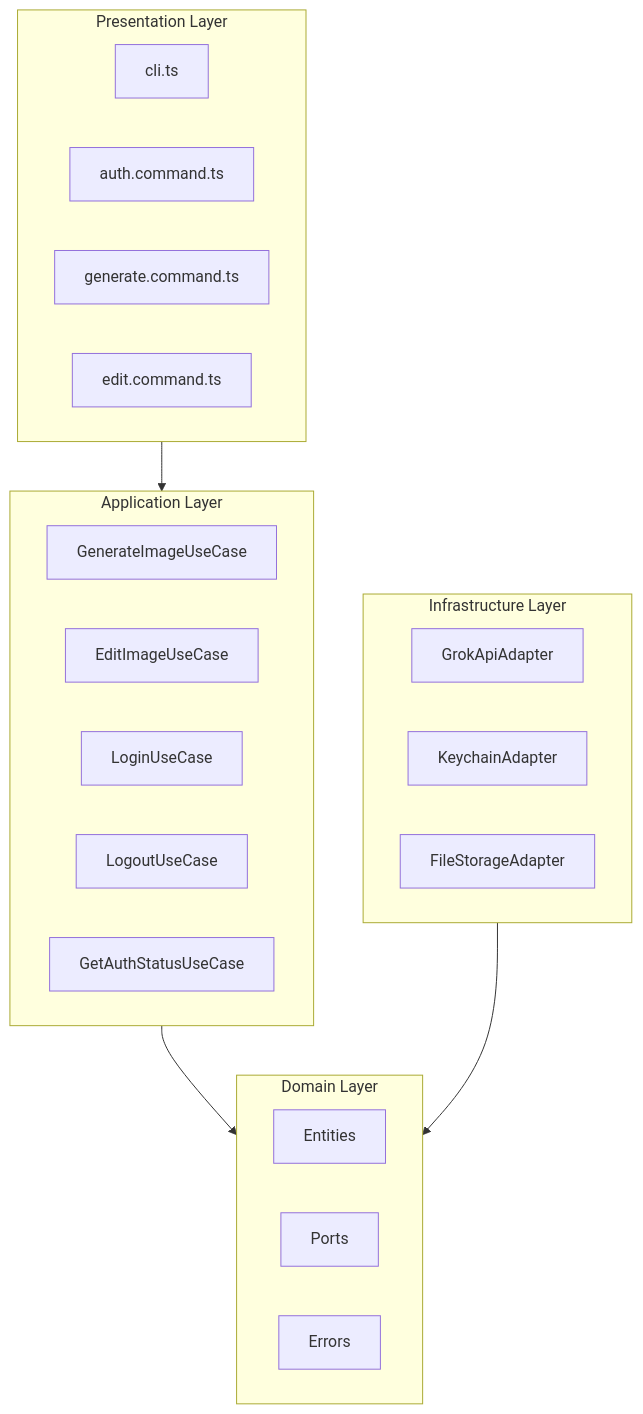
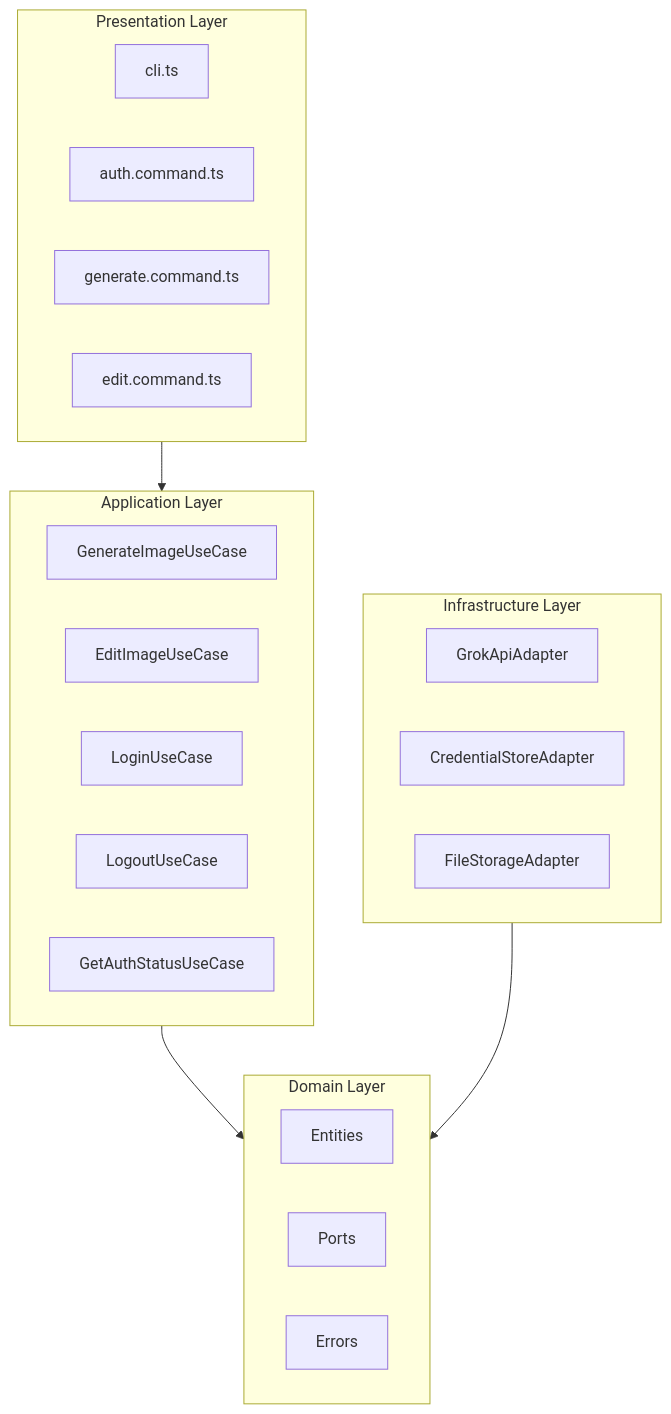
One commit to cyberash-dev/grok-image-cli changed the first of 2 diagrams in spec/architecture.md. Above: the diagram before and after it, drawn with Mermaid. The commit also changed other lines of this file and 11 other files, not shown here.

````diff
--- a/spec/architecture.md
+++ b/spec/architecture.md
@@ -16,33 +16,33 @@
 ```mermaid
 graph TB
   subgraph presentation [Presentation Layer]
     CLI[cli.ts]
     AuthCmd[auth.command.ts]
     GenCmd[generate.command.ts]
     EditCmd[edit.command.ts]
   end
 
   subgraph application [Application Layer]
     GenUC[GenerateImageUseCase]
     EditUC[EditImageUseCase]
     LoginUC[LoginUseCase]
     LogoutUC[LogoutUseCase]
     AuthStatusUC[GetAuthStatusUseCase]
   end
 
   subgraph domain [Domain Layer]
     Entities[Entities]
     Ports[Ports]
     Errors[Errors]
   end
 
   subgraph infrastructure [Infrastructure Layer]
     GrokAPI[GrokApiAdapter]
-    Keychain[KeychainAdapter]
+    CredStore[CredentialStoreAdapter]
     FileStorage[FileStorageAdapter]
   end
 
   presentation --> application
   application --> domain
   infrastructure --> domain
 ```
````
